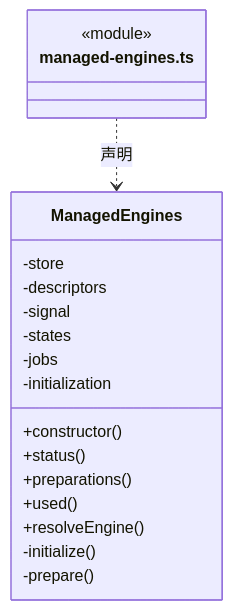
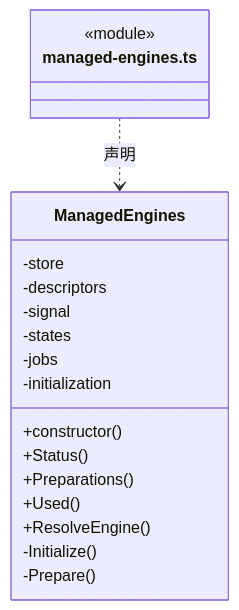
One commit to nan023062/cbim changed the eighth of 28 diagrams in src/logic/updates/service/ARCHITECTURE.md. Above: the diagram before and after it, drawn with Mermaid. The commit also changed other lines of this file and 1035 other files, not shown here.

````diff
--- a/src/logic/updates/service/ARCHITECTURE.md
+++ b/src/logic/updates/service/ARCHITECTURE.md
@@ -193,22 +193,22 @@
 ```mermaid
 classDiagram
 class N_src_logic_updates_service_managed_engines_ts["managed-engines.ts"] {
   <<module>>
 }
 class N_src_logic_updates_service_managed_engines_ts_ManagedEngines["ManagedEngines"] {
   +constructor()
-  +status()
-  +preparations()
-  +used()
-  +resolveEngine()
+  +Status()
+  +Preparations()
+  +Used()
+  +ResolveEngine()
   -store
   -descriptors
   -signal
   -states
   -jobs
   -initialization
-  -initialize()
-  -prepare()
+  -Initialize()
+  -Prepare()
 }
 N_src_logic_updates_service_managed_engines_ts ..> N_src_logic_updates_service_managed_engines_ts_ManagedEngines : 声明
 ```
````
